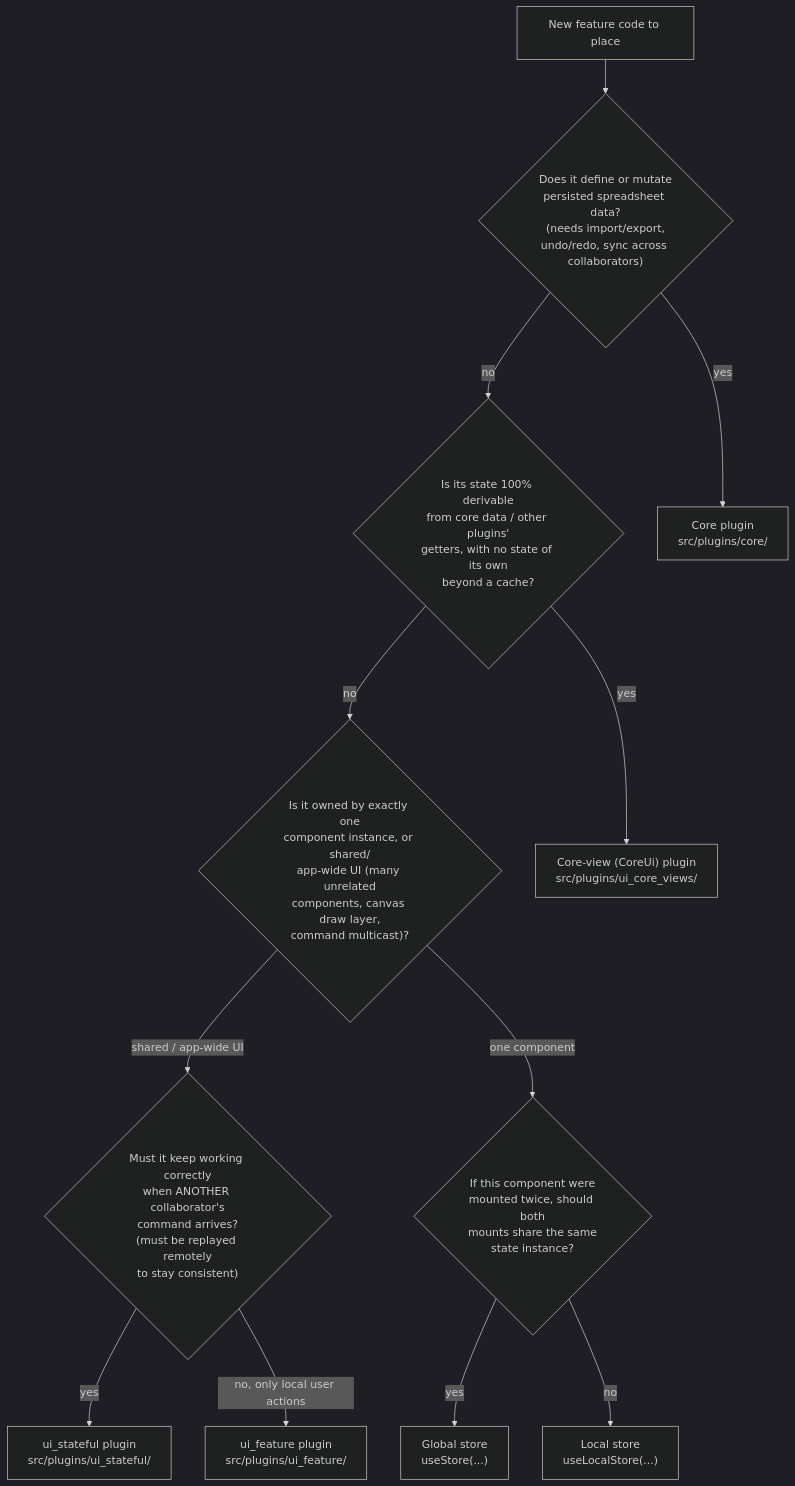
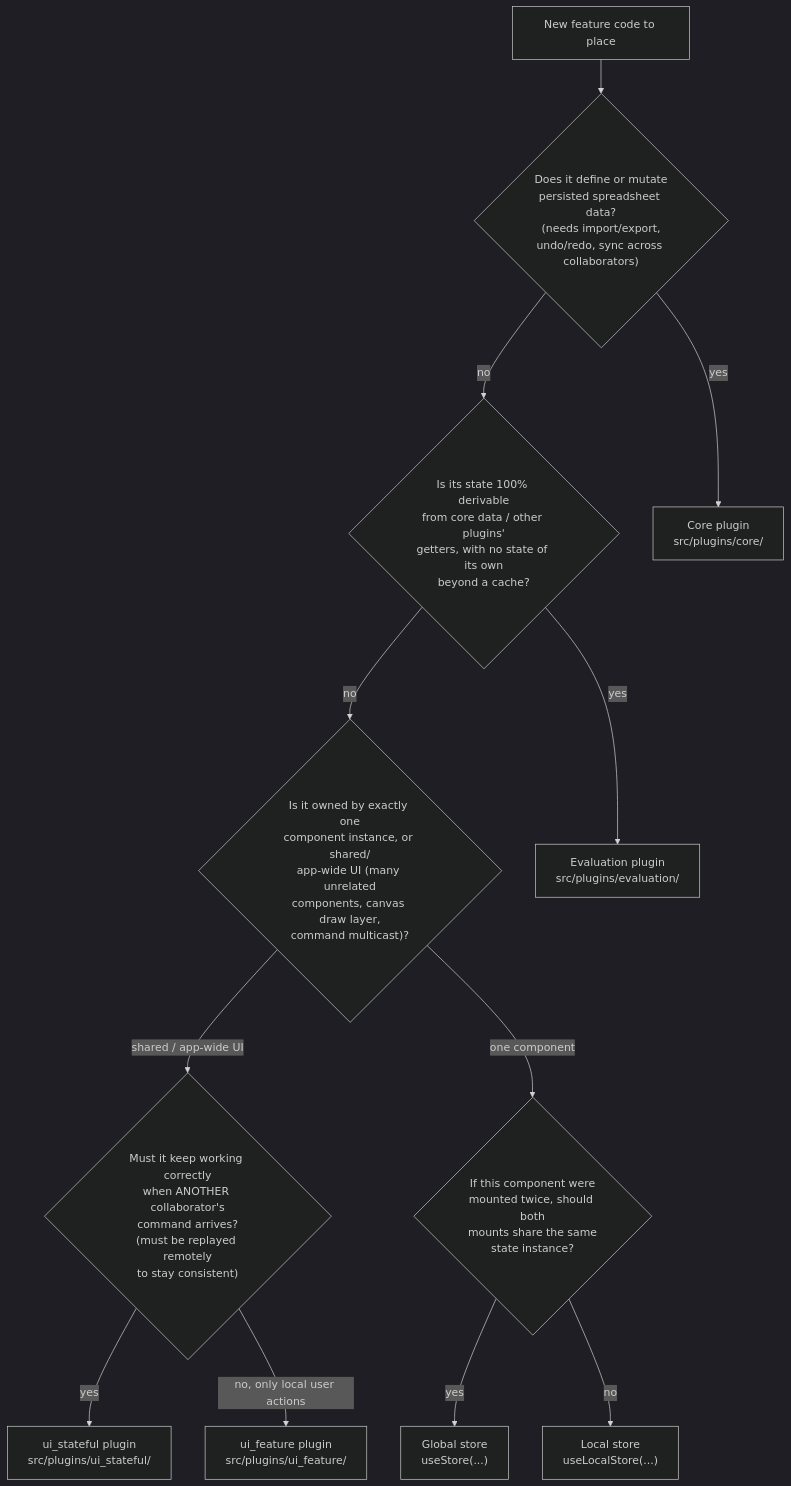
The first of 3 diagrams in doc/extending/where_to_put_code.md (odoo/o-spreadsheet), drawn with Mermaid (dark theme) before and after one commit. The commit also changed other lines of this file and 36 other files, not shown here.

First line of the commit message:
[REF] plugins: rename core view plugins to evaluation plugins

````diff
--- a/doc/extending/where_to_put_code.md
+++ b/doc/extending/where_to_put_code.md
@@ -25,28 +25,28 @@
 ```mermaid
 flowchart TD
     Start["New feature code to place"]
     Q1{"Does it define or mutate<br/>persisted spreadsheet data?<br/>(needs import/export,<br/>undo/redo, sync across collaborators)"}
     Q2{"Is its state 100% derivable<br/>from core data / other plugins'<br/>getters, with no state of its own<br/>beyond a cache?"}
     Q3{"Is it owned by exactly one<br/>component instance, or shared/<br/>app-wide UI (many unrelated<br/>components, canvas draw layer,<br/>command multicast)?"}
     Q4{"Must it keep working correctly<br/>when ANOTHER collaborator's<br/>command arrives?<br/>(must be replayed remotely<br/>to stay consistent)"}
     Q5{"If this component were<br/>mounted twice, should both<br/>mounts share the same<br/>state instance?"}
 
     Core["Core plugin<br/>src/plugins/core/"]
-    CoreView["Core-view (CoreUi) plugin<br/>src/plugins/ui_core_views/"]
+    Evaluation["Evaluation plugin<br/>src/plugins/evaluation/"]
     Stateful["ui_stateful plugin<br/>src/plugins/ui_stateful/"]
     Feature["ui_feature plugin<br/>src/plugins/ui_feature/"]
     GlobalStore["Global store<br/>useStore(...)"]
     LocalStore["Local store<br/>useLocalStore(...)"]
 
     Start --> Q1
     Q1 -- yes --> Core
     Q1 -- no --> Q2
-    Q2 -- yes --> CoreView
+    Q2 -- yes --> Evaluation
     Q2 -- no --> Q3
     Q3 -- "shared / app-wide UI" --> Q4
     Q3 -- "one component" --> Q5
     Q4 -- yes --> Stateful
     Q4 -- "no, only local user actions" --> Feature
     Q5 -- yes --> GlobalStore
     Q5 -- no --> LocalStore
 ```
````
